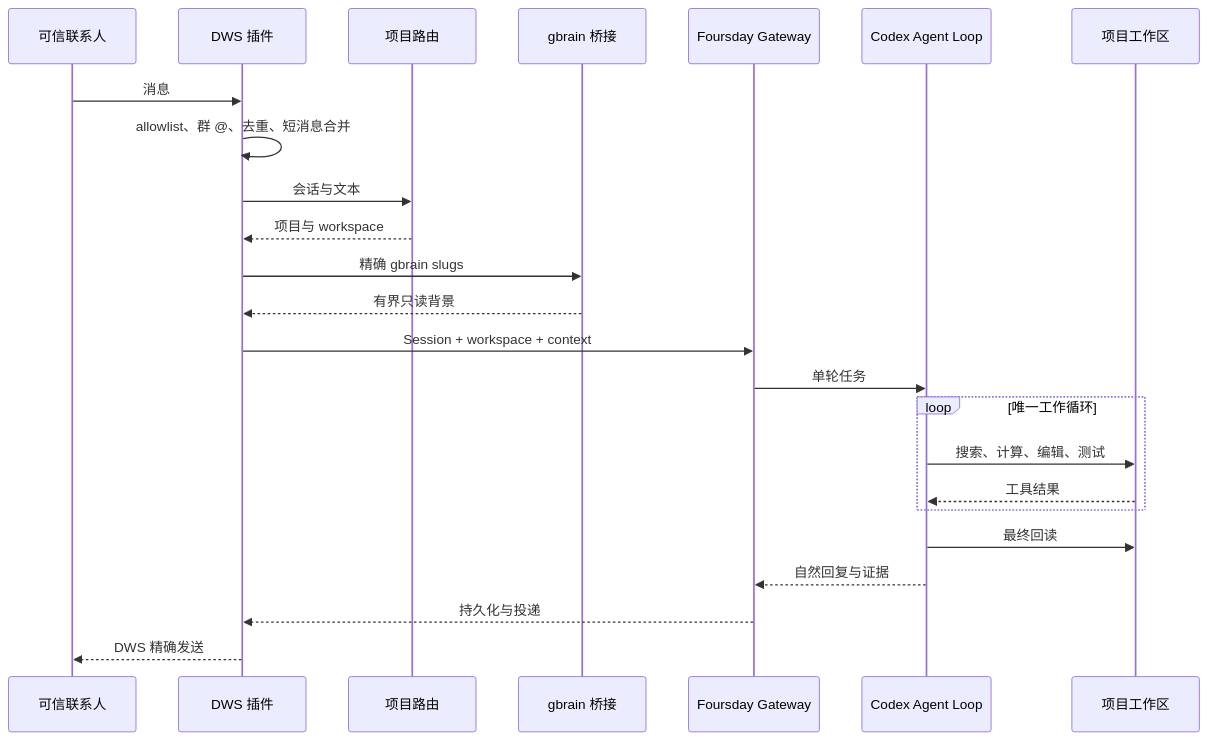
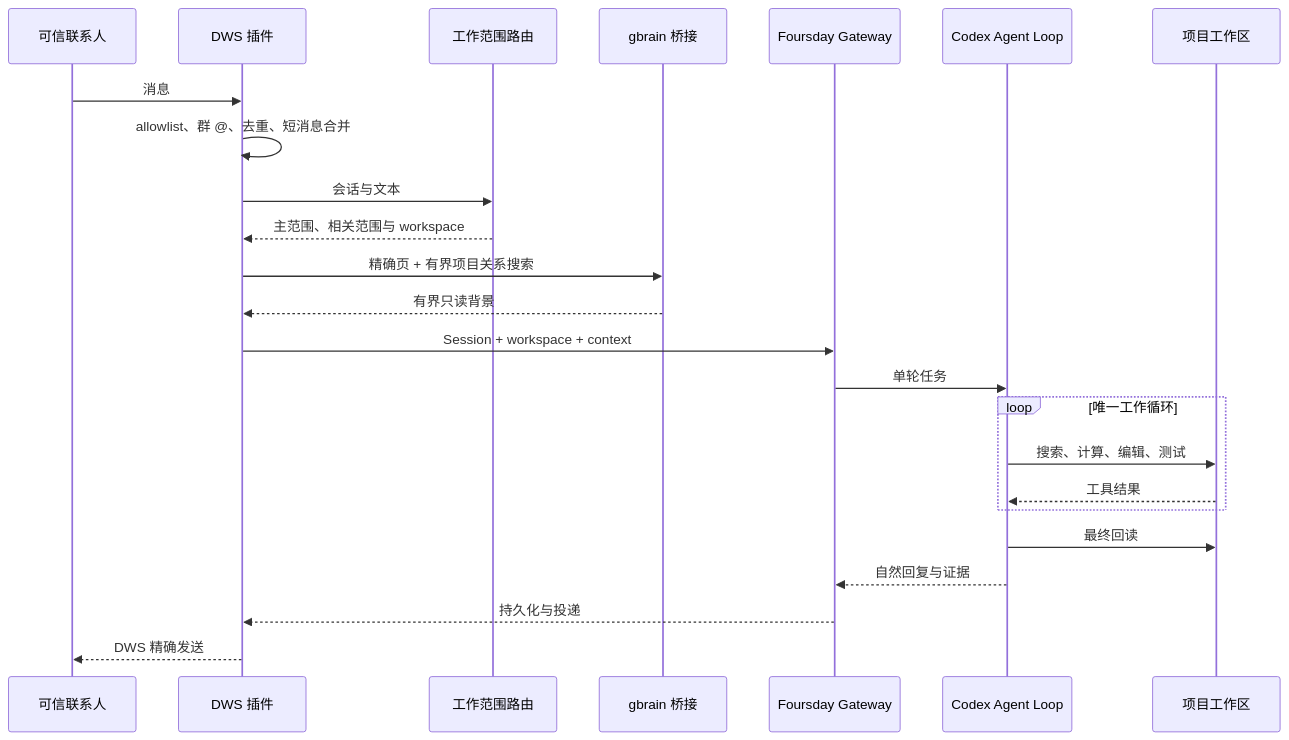
Before and after one commit to ruiwang20010702/foursday: the first of 3 diagrams in docs/技术设计文档.md, drawn with Mermaid. The commit also changed other lines of this file and 55 other files, not shown here.

````diff
--- a/docs/技术设计文档.md
+++ b/docs/技术设计文档.md
@@ -21,27 +21,27 @@
 ```mermaid
 sequenceDiagram
     participant U as 可信联系人
     participant D as DWS 插件
-    participant R as 项目路由
+    participant R as 工作范围路由
     participant G as gbrain 桥接
     participant H as Foursday Gateway
     participant X as Codex Agent Loop
     participant W as 项目工作区
 
     U->>D: 消息
     D->>D: allowlist、群 @、去重、短消息合并
     D->>R: 会话与文本
-    R-->>D: 项目与 workspace
-    D->>G: 精确 gbrain slugs
+    R-->>D: 主范围、相关范围与 workspace
+    D->>G: 精确页 + 有界项目关系搜索
     G-->>D: 有界只读背景
     D->>H: Session + workspace + context
     H->>X: 单轮任务
     loop 唯一工作循环
         X->>W: 搜索、计算、编辑、测试
         W-->>X: 工具结果
     end
     X->>W: 最终回读
     X-->>H: 自然回复与证据
     H-->>D: 持久化与投递
     D-->>U: DWS 精确发送
 ```
````
